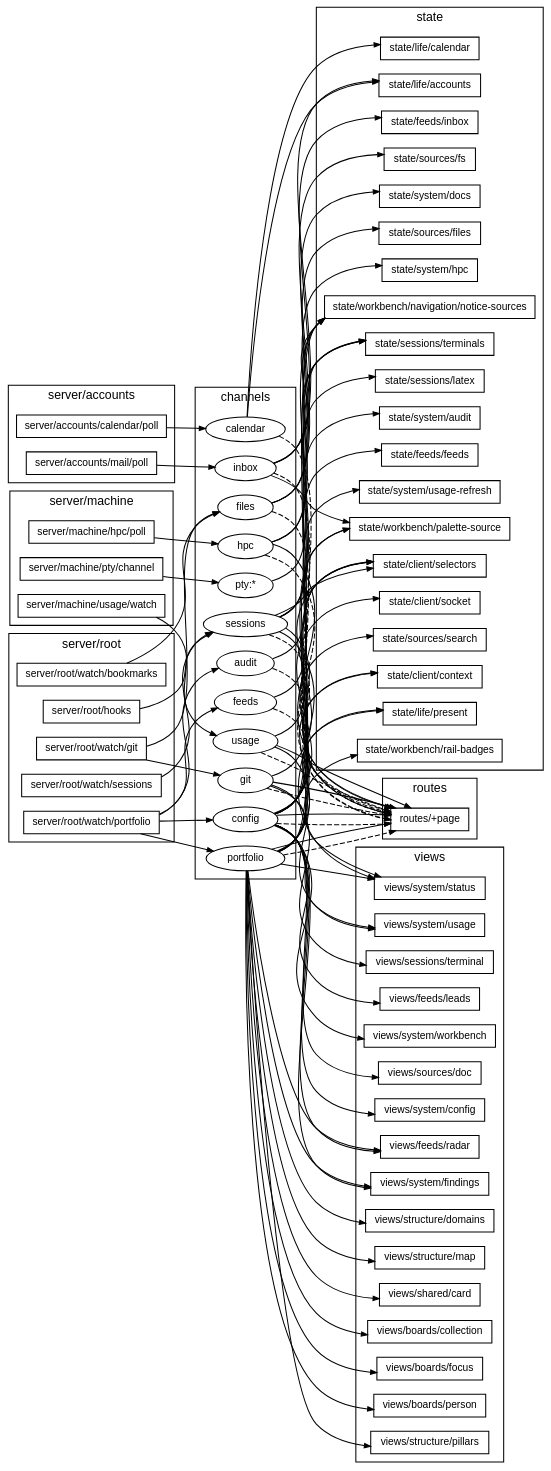
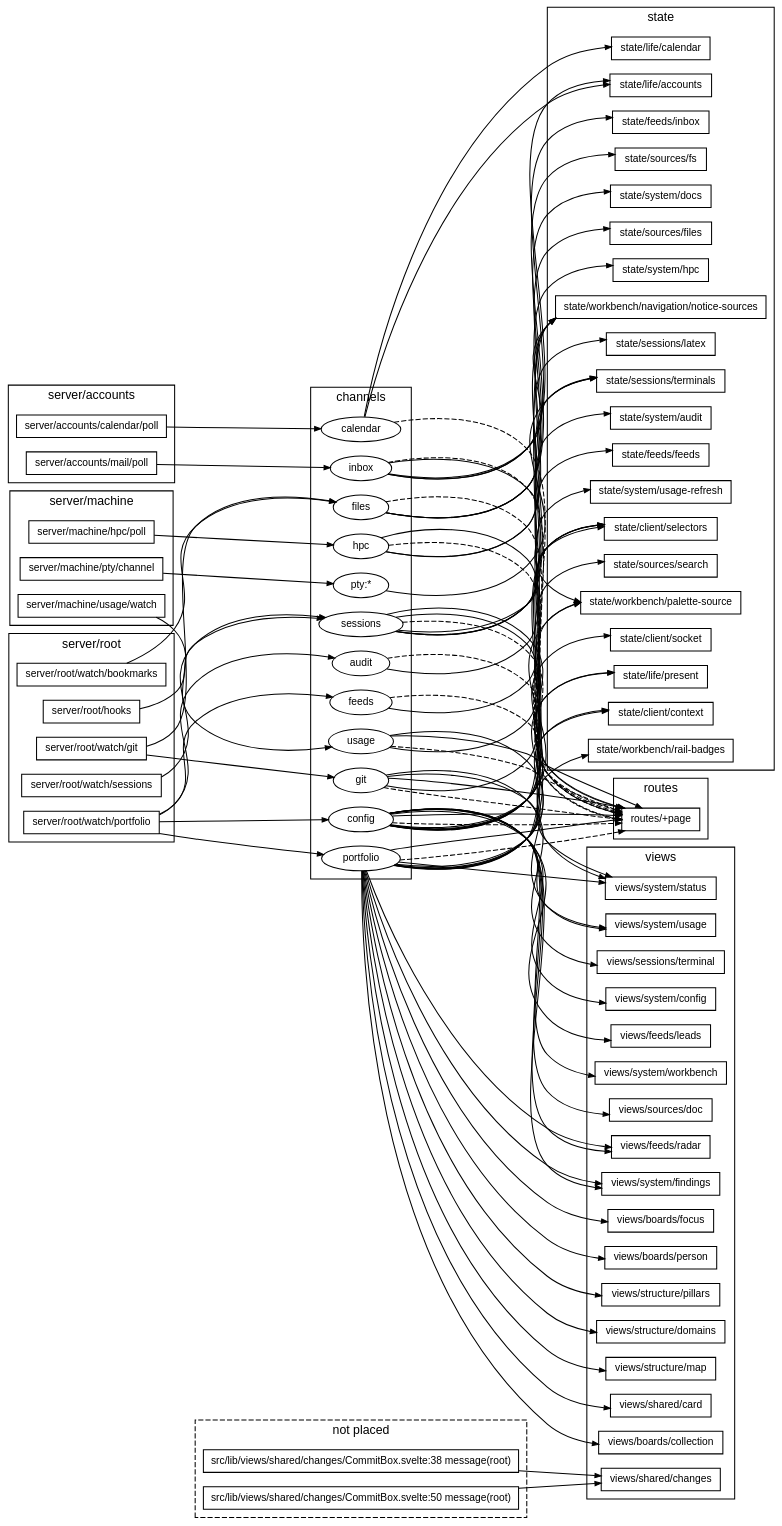
The diagram in docs/diagrams/channels.dot (TheAxeC/oculus), drawn with Graphviz before and after one commit. The commit also changed 156 other files, not shown here.

```diff
--- a/docs/diagrams/channels.dot
+++ b/docs/diagrams/channels.dot
@@ -1,170 +1,178 @@
 digraph channels {
     graph [bgcolor="transparent", rankdir=LR, fontname="Helvetica,Arial,sans-serif", fontsize=12, nodesep=0.2, ranksep=0.5];
     node [shape=box, color="black", fontcolor="black", fontname="Helvetica,Arial,sans-serif", fontsize=10, height=0.3, margin="0.12,0.04"];
     edge [color="black", fontcolor="black", fontname="Helvetica,Arial,sans-serif", fontsize=8, arrowsize=0.6];
     subgraph "cluster_publish server/accounts" {
         label="server/accounts"; style=solid;
         "server/accounts/calendar/poll";
         "server/accounts/mail/poll";
     }
     subgraph "cluster_publish server/machine" {
         label="server/machine"; style=solid;
         "server/machine/hpc/poll";
         "server/machine/pty/channel";
         "server/machine/usage/watch";
     }
     subgraph "cluster_publish server/root" {
         label="server/root"; style=solid;
         "server/root/hooks";
         "server/root/watch/bookmarks";
         "server/root/watch/git";
         "server/root/watch/portfolio";
         "server/root/watch/sessions";
     }
     subgraph "cluster_channels" {
         label="channels"; style=solid;
         "ch audit" [label="audit", shape=ellipse];
         "ch calendar" [label="calendar", shape=ellipse];
         "ch config" [label="config", shape=ellipse];
         "ch feeds" [label="feeds", shape=ellipse];
         "ch files" [label="files", shape=ellipse];
         "ch git" [label="git", shape=ellipse];
         "ch hpc" [label="hpc", shape=ellipse];
         "ch inbox" [label="inbox", shape=ellipse];
         "ch portfolio" [label="portfolio", shape=ellipse];
         "ch pty:*" [label="pty:*", shape=ellipse];
         "ch sessions" [label="sessions", shape=ellipse];
         "ch usage" [label="usage", shape=ellipse];
     }
+    subgraph "cluster_lost" {
+        label="not placed"; style=dashed;
+        "? src/lib/views/shared/changes/CommitBox.svelte:38" [label="src/lib/views/shared/changes/CommitBox.svelte:38 message(root)"];
+        "? src/lib/views/shared/changes/CommitBox.svelte:50" [label="src/lib/views/shared/changes/CommitBox.svelte:50 message(root)"];
+    }
     subgraph "cluster_read state" {
         label="state"; style=solid;
         "state/client/context";
         "state/client/selectors";
         "state/client/socket";
         "state/feeds/feeds";
         "state/feeds/inbox";
         "state/life/accounts";
         "state/life/calendar";
         "state/life/present";
         "state/sessions/latex";
         "state/sessions/terminals";
         "state/sources/files";
         "state/sources/fs";
         "state/sources/search";
         "state/system/audit";
         "state/system/docs";
         "state/system/hpc";
         "state/system/usage-refresh";
         "state/workbench/navigation/notice-sources";
         "state/workbench/palette-source";
         "state/workbench/rail-badges";
     }
     subgraph "cluster_read views" {
         label="views"; style=solid;
         "views/boards/collection";
         "views/boards/focus";
         "views/boards/person";
         "views/feeds/leads";
         "views/feeds/radar";
         "views/sessions/terminal";
         "views/shared/card";
+        "views/shared/changes";
         "views/sources/doc";
         "views/structure/domains";
         "views/structure/map";
         "views/structure/pillars";
         "views/system/config";
         "views/system/findings";
         "views/system/status";
         "views/system/usage";
         "views/system/workbench";
     }
     subgraph "cluster_read routes" {
         label="routes"; style=solid;
         "routes/+page";
     }
+    "? src/lib/views/shared/changes/CommitBox.svelte:38" -> "views/shared/changes";
+    "? src/lib/views/shared/changes/CommitBox.svelte:50" -> "views/shared/changes";
     "ch audit" -> "routes/+page" [style=dashed];
     "ch audit" -> "state/system/audit";
     "ch calendar" -> "routes/+page" [style=dashed];
     "ch calendar" -> "state/life/accounts";
     "ch calendar" -> "state/life/calendar";
     "ch config" -> "routes/+page" [style=dashed];
     "ch config" -> "routes/+page";
     "ch config" -> "state/client/context";
     "ch config" -> "state/client/selectors";
     "ch config" -> "state/client/socket";
     "ch config" -> "state/life/present";
     "ch config" -> "state/sessions/terminals";
     "ch config" -> "state/sources/search";
     "ch config" -> "state/workbench/palette-source";
     "ch config" -> "views/feeds/leads";
     "ch config" -> "views/feeds/radar";
     "ch config" -> "views/sources/doc";
     "ch config" -> "views/system/config";
     "ch config" -> "views/system/findings";
     "ch config" -> "views/system/usage";
     "ch config" -> "views/system/workbench";
     "ch feeds" -> "routes/+page" [style=dashed];
     "ch feeds" -> "state/feeds/feeds";
     "ch files" -> "routes/+page" [style=dashed];
     "ch files" -> "state/sources/files";
     "ch files" -> "state/sources/fs";
     "ch files" -> "state/system/docs";
     "ch git" -> "routes/+page" [style=dashed];
     "ch git" -> "routes/+page";
     "ch git" -> "state/client/selectors";
     "ch git" -> "views/sessions/terminal";
     "ch git" -> "views/system/status";
     "ch hpc" -> "routes/+page" [style=dashed];
     "ch hpc" -> "routes/+page";
     "ch hpc" -> "state/system/hpc";
     "ch hpc" -> "state/workbench/navigation/notice-sources";
     "ch inbox" -> "routes/+page" [style=dashed];
     "ch inbox" -> "state/feeds/inbox";
     "ch inbox" -> "state/life/accounts";
     "ch inbox" -> "state/workbench/navigation/notice-sources";
     "ch inbox" -> "state/workbench/palette-source";
     "ch portfolio" -> "routes/+page" [style=dashed];
     "ch portfolio" -> "routes/+page";
     "ch portfolio" -> "state/client/context";
     "ch portfolio" -> "state/client/selectors";
     "ch portfolio" -> "state/life/present";
     "ch portfolio" -> "state/workbench/navigation/notice-sources";
     "ch portfolio" -> "state/workbench/palette-source";
     "ch portfolio" -> "state/workbench/rail-badges";
     "ch portfolio" -> "views/boards/collection";
     "ch portfolio" -> "views/boards/focus";
     "ch portfolio" -> "views/boards/person";
     "ch portfolio" -> "views/feeds/radar";
     "ch portfolio" -> "views/shared/card";
     "ch portfolio" -> "views/structure/domains";
     "ch portfolio" -> "views/structure/map";
     "ch portfolio" -> "views/structure/pillars";
     "ch portfolio" -> "views/system/findings";
     "ch portfolio" -> "views/system/status";
     "ch pty:*" -> "state/sessions/terminals";
     "ch sessions" -> "routes/+page" [style=dashed];
     "ch sessions" -> "routes/+page";
     "ch sessions" -> "state/client/selectors";
     "ch sessions" -> "state/sessions/latex";
     "ch sessions" -> "state/sessions/terminals";
     "ch sessions" -> "state/workbench/navigation/notice-sources";
     "ch sessions" -> "views/system/status";
     "ch usage" -> "routes/+page" [style=dashed];
     "ch usage" -> "routes/+page";
     "ch usage" -> "state/system/usage-refresh";
     "ch usage" -> "views/system/usage";
     "server/accounts/calendar/poll" -> "ch calendar";
     "server/accounts/mail/poll" -> "ch inbox";
     "server/machine/hpc/poll" -> "ch hpc";
     "server/machine/pty/channel" -> "ch pty:*";
     "server/machine/usage/watch" -> "ch usage";
     "server/root/hooks" -> "ch sessions";
     "server/root/watch/bookmarks" -> "ch files";
     "server/root/watch/git" -> "ch files";
     "server/root/watch/git" -> "ch git";
     "server/root/watch/portfolio" -> "ch audit";
     "server/root/watch/portfolio" -> "ch config";
     "server/root/watch/portfolio" -> "ch feeds";
     "server/root/watch/portfolio" -> "ch portfolio";
     "server/root/watch/sessions" -> "ch sessions";
 }
```
